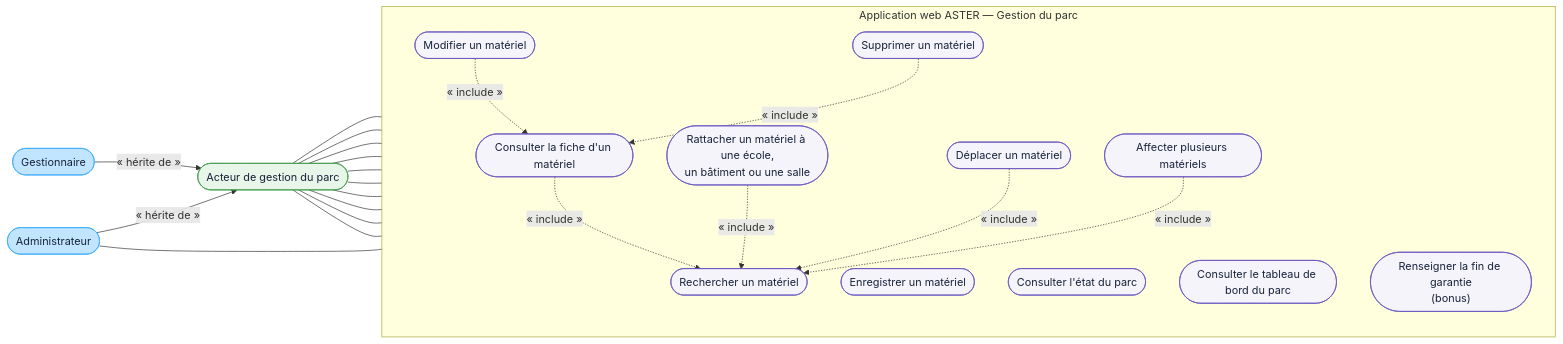
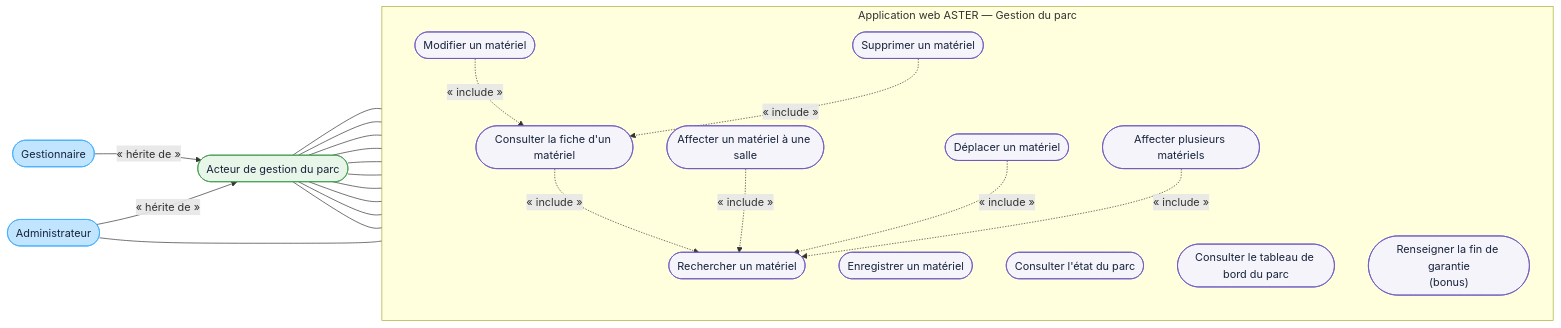
The diagram in docs/08-DCU-GESTION-PARC.md (bpierrelouis/aster), drawn with Mermaid before and after one commit. The commit also changed other lines of this file and 8 other files, not shown here.

Commit message:
docs(analyse): consolider le cadrage et épurer les diagrammes

````diff
--- a/docs/08-DCU-GESTION-PARC.md
+++ b/docs/08-DCU-GESTION-PARC.md
@@ -3,50 +3,50 @@
 ```mermaid
 flowchart LR
     acteurGestion(["Acteur de gestion du parc"])
     gestionnaire(["Gestionnaire"])
     administrateur(["Administrateur"])
 
     gestionnaire -->|« hérite de »| acteurGestion
     administrateur -->|« hérite de »| acteurGestion
 
     subgraph aster["Application web ASTER — Gestion du parc"]
         direction TB
         rechercher(["Rechercher un matériel"])
         enregistrer(["Enregistrer un matériel"])
         consulter(["Consulter la fiche d'un matériel"])
         modifier(["Modifier un matériel"])
         supprimer(["Supprimer un matériel"])
-        affecter(["Rattacher un matériel à une école,<br/>un bâtiment ou une salle"])
+        affecter(["Affecter un matériel à une salle"])
         deplacer(["Déplacer un matériel"])
         affecterGroupe(["Affecter plusieurs matériels"])
         consulterParc(["Consulter l'état du parc"])
         consulterTableau(["Consulter le tableau de bord du parc"])
         renseignerGarantie(["Renseigner la fin de garantie<br/>(bonus)"])
     end
 
     acteurGestion --- rechercher
     acteurGestion --- enregistrer
     acteurGestion --- consulter
     acteurGestion --- modifier
     acteurGestion --- affecter
     acteurGestion --- deplacer
     acteurGestion --- affecterGroupe
     acteurGestion --- consulterParc
     acteurGestion --- consulterTableau
     acteurGestion --- renseignerGarantie
     administrateur --- supprimer
 
     consulter -.->|« include »| rechercher
     modifier -.->|« include »| consulter
     supprimer -.->|« include »| consulter
     affecter -.->|« include »| rechercher
     deplacer -.->|« include »| rechercher
     affecterGroupe -.->|« include »| rechercher
 
     classDef acteur fill:#C2E5FF,stroke:#3DADFF,color:#17243B
     classDef acteurGeneral fill:#E8F5E9,stroke:#3E9B4B,color:#17243B
     classDef cas fill:#F6F4FB,stroke:#6954C0,color:#17243B
     class gestionnaire,administrateur acteur
     class acteurGestion acteurGeneral
     class rechercher,enregistrer,consulter,modifier,supprimer,affecter,deplacer,affecterGroupe,consulterParc,consulterTableau,renseignerGarantie cas
 ```
````
